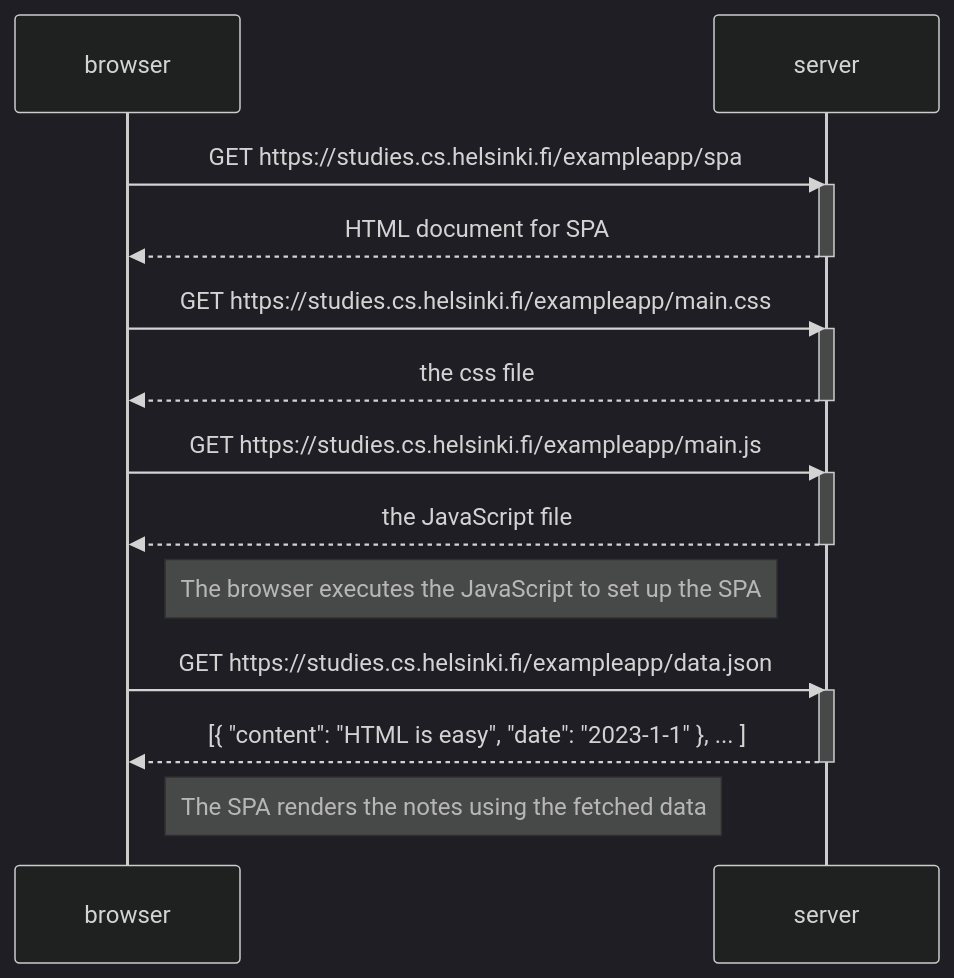
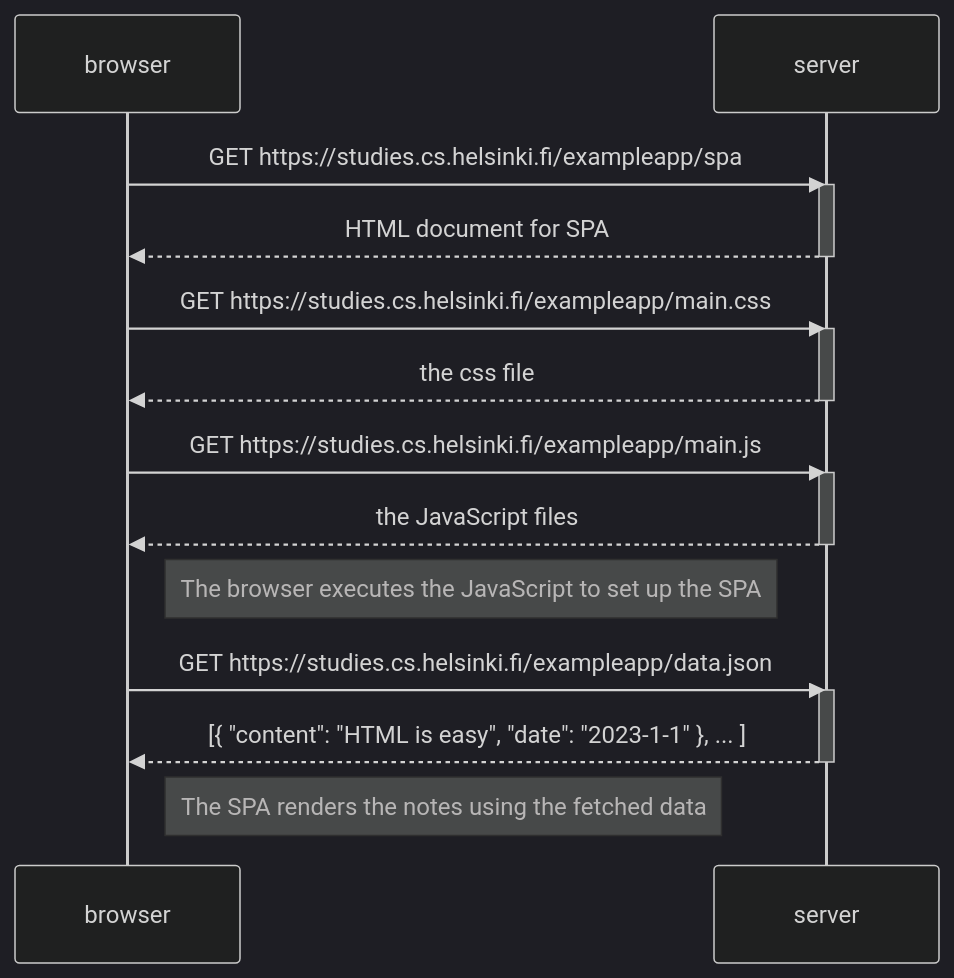
Before and after one commit to martyna32/fullstackopenMartyna-Podg-rska: the diagram in part 0/0.5.md, drawn with Mermaid (dark theme).

````diff
--- a/part 0/0.5.md
+++ b/part 0/0.5.md
@@ -1,29 +1,29 @@
 ```mermaid
 sequenceDiagram
     participant browser
     participant server
  
     browser->>server: GET https://studies.cs.helsinki.fi/exampleapp/spa
     activate server
     server-->>browser: HTML document for SPA
     deactivate server
  
     browser->>server: GET https://studies.cs.helsinki.fi/exampleapp/main.css
     activate server
     server-->>browser: the css file
     deactivate server
  
     browser->>server: GET https://studies.cs.helsinki.fi/exampleapp/main.js
     activate server
-    server-->>browser: the JavaScript file
+    server-->>browser: the JavaScript files
     deactivate server
  
     Note right of browser: The browser executes the JavaScript to set up the SPA
  
     browser->>server: GET https://studies.cs.helsinki.fi/exampleapp/data.json
     activate server
     server-->>browser: [{ "content": "HTML is easy", "date": "2023-1-1" }, ... ]
     deactivate server
  
     Note right of browser: The SPA renders the notes using the fetched data
 ```
````
